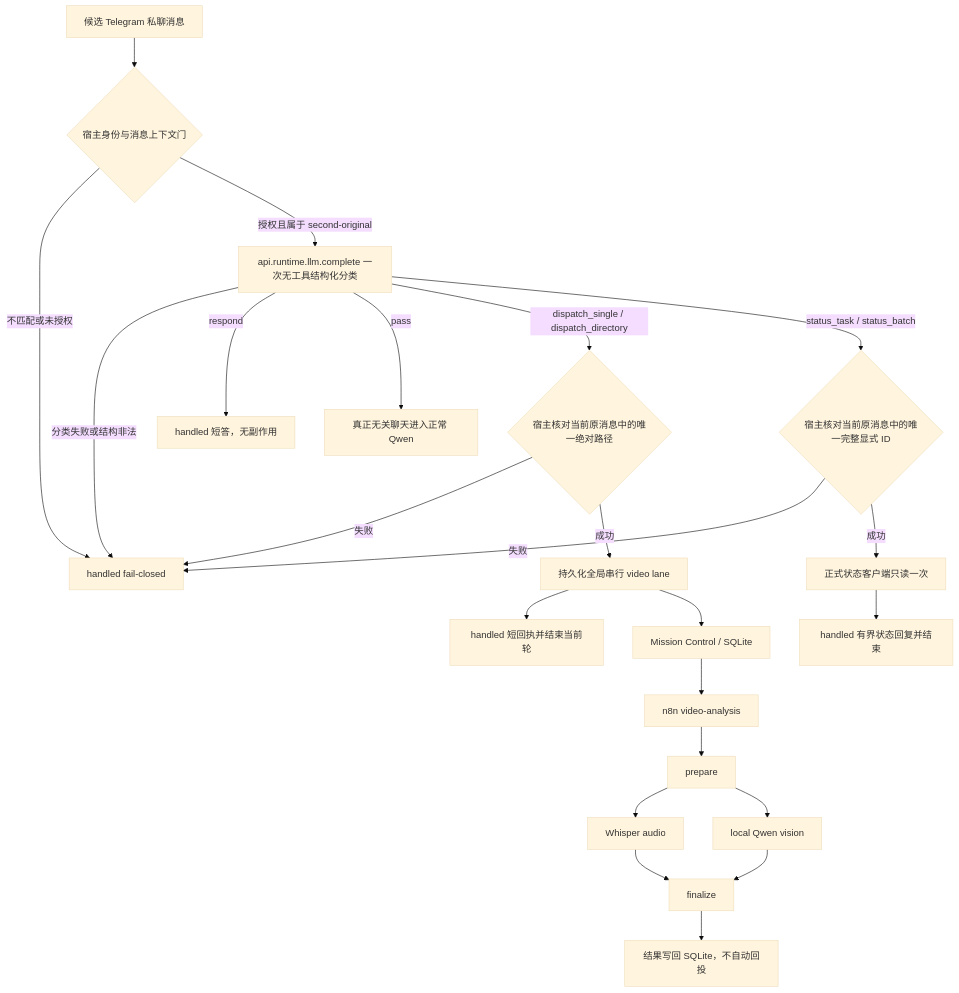
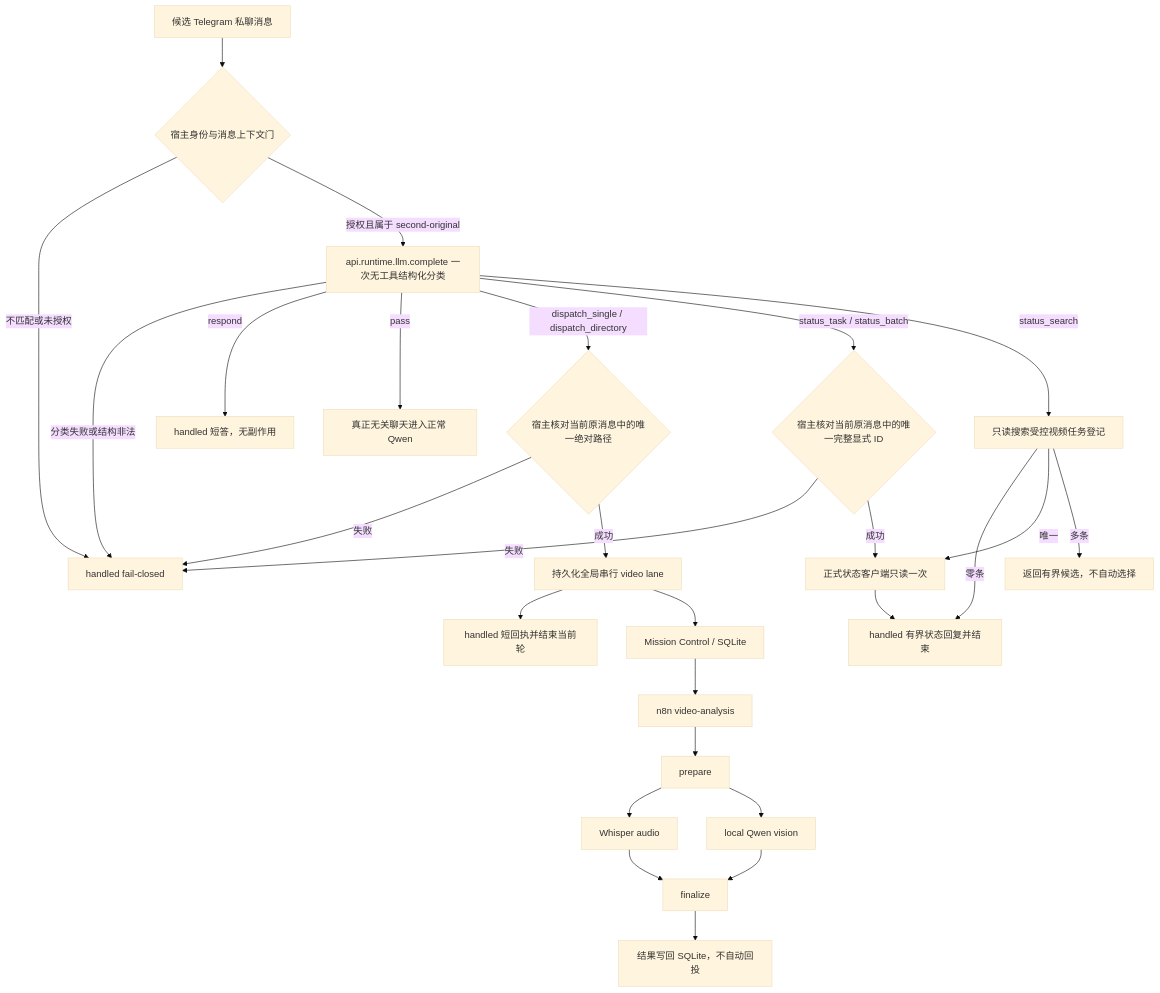
The diagram in docs/architecture/openclaw-video-analysis-flow.md (MAKingljx/video-autoworker), drawn with Mermaid (base theme) before and after one commit. The commit also changed other lines of this file and 19 other files, not shown here.

Commit message:
feat: add scoped natural-language video status search

````diff
--- a/docs/architecture/openclaw-video-analysis-flow.md
+++ b/docs/architecture/openclaw-video-analysis-flow.md
@@ -21,25 +21,29 @@
 ```mermaid
 flowchart TD
   U["候选 Telegram 私聊消息"] --> I{"宿主身份与消息上下文门"}
   I -->|"不匹配或未授权"| X["handled fail-closed"]
   I -->|"授权且属于 second-original"| C["api.runtime.llm.complete 一次无工具结构化分类"]
   C -->|"分类失败或结构非法"| X
   C -->|"respond"| R["handled 短答，无副作用"]
   C -->|"pass"| Q["真正无关聊天进入正常 Qwen"]
   C -->|"dispatch_single / dispatch_directory"| V{"宿主核对当前原消息中的唯一绝对路径"}
   C -->|"status_task / status_batch"| E{"宿主核对当前原消息中的唯一完整显式 ID"}
+  C -->|"status_search"| T["只读搜索受控视频任务登记"]
   V -->|"失败"| X
   V -->|"成功"| L["持久化全局串行 video lane"]
   L --> A["handled 短回执并结束当前轮"]
   L --> M["Mission Control / SQLite"]
   M --> N["n8n video-analysis"]
   N --> P["prepare"]
   P --> W["Whisper audio"]
   P --> Z["local Qwen vision"]
   W --> F["finalize"]
   Z --> F
   F --> DB["结果写回 SQLite，不自动回投"]
   E -->|"失败"| X
   E -->|"成功"| S["正式状态客户端只读一次"]
   S --> H["handled 有界状态回复并结束"]
+  T -->|"零条"| H
+  T -->|"唯一"| S
+  T -->|"多条"| K["返回有界候选，不自动选择"]
 ```
````
